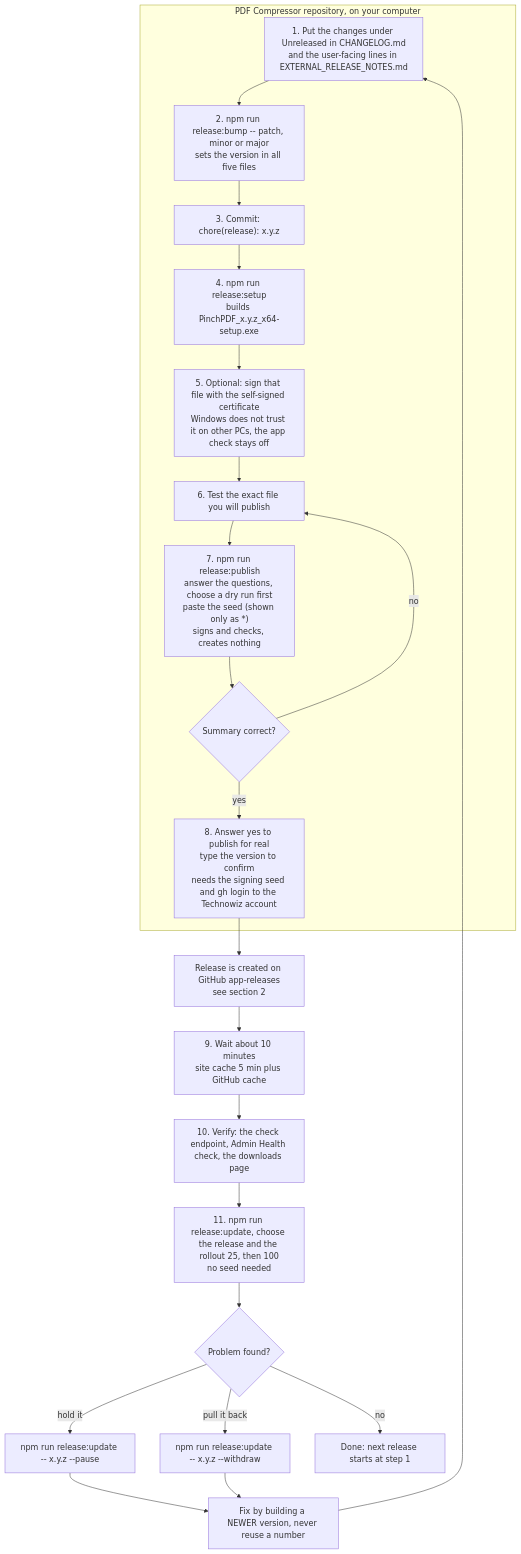
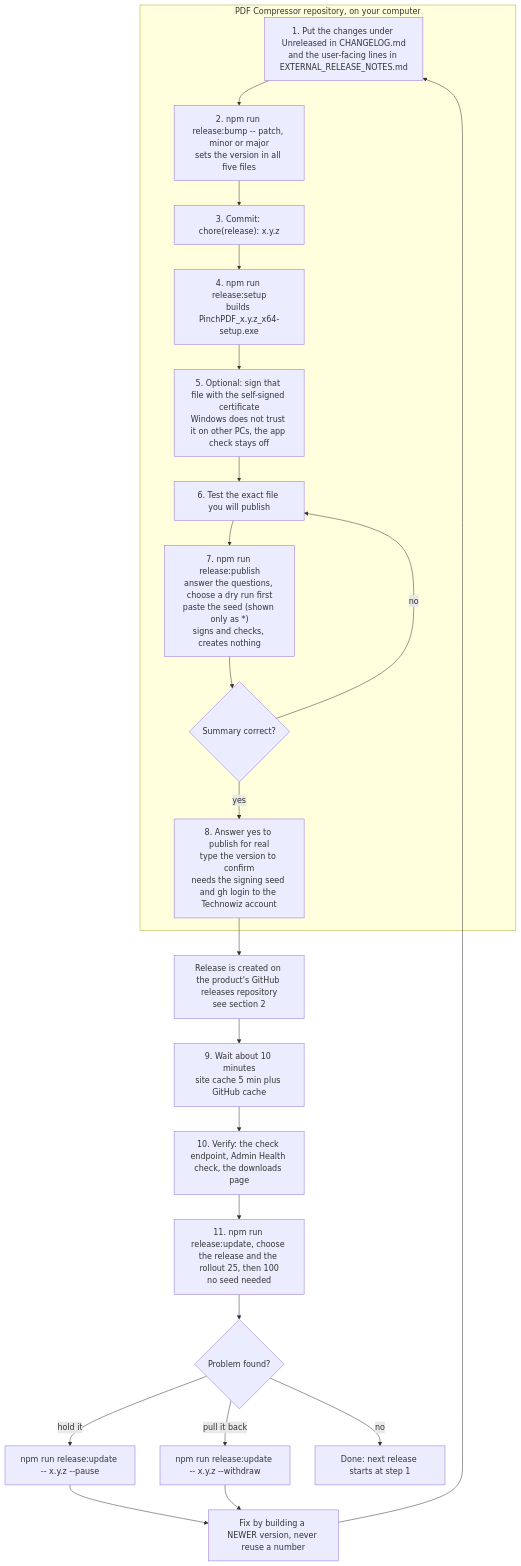
One commit to technowizsolutionsllp/TWS-Website changed the first of 7 diagrams in docs/UPDATE_FLOW.md. Above: the diagram before and after it, drawn with Mermaid. The commit also changed other lines of this file and 20 other files, not shown here.

First line of the commit message:
One releases repository per product: PINCHPDF_RELEASES_REPO and NODUPE_RELEASES_REPO

````diff
--- a/docs/UPDATE_FLOW.md
+++ b/docs/UPDATE_FLOW.md
@@ -13,25 +13,25 @@
 ```mermaid
 flowchart TD
     subgraph Repo["PDF Compressor repository, on your computer"]
       A["1. Put the changes under Unreleased in CHANGELOG.md<br/>and the user-facing lines in EXTERNAL_RELEASE_NOTES.md"] --> B["2. npm run release:bump -- patch, minor or major<br/>sets the version in all five files"]
       B --> C["3. Commit: chore(release): x.y.z"]
       C --> D["4. npm run release:setup<br/>builds PinchPDF_x.y.z_x64-setup.exe"]
       D --> E["5. Optional: sign that file with the self-signed certificate<br/>Windows does not trust it on other PCs, the app check stays off"]
       E --> F["6. Test the exact file you will publish"]
       F --> G["7. npm run release:publish<br/>answer the questions, choose a dry run first<br/>paste the seed (shown only as *)<br/>signs and checks, creates nothing"]
       G --> H{"Summary correct?"}
       H -- "no" --> F
       H -- "yes" --> I["8. Answer yes to publish for real<br/>type the version to confirm<br/>needs the signing seed and gh login to the Technowiz account"]
     end
-    I --> J["Release is created on GitHub app-releases<br/>see section 2"]
+    I --> J["Release is created on the product's GitHub releases repository<br/>see section 2"]
     J --> K["9. Wait about 10 minutes<br/>site cache 5 min plus GitHub cache"]
     K --> L["10. Verify: the check endpoint, Admin Health check, the downloads page"]
     L --> M["11. npm run release:update, choose the release and the rollout 25, then 100<br/>no seed needed"]
     M --> N{"Problem found?"}
     N -- "hold it" --> O["npm run release:update -- x.y.z --pause"]
     N -- "pull it back" --> P["npm run release:update -- x.y.z --withdraw"]
     N -- "no" --> R["Done: next release starts at step 1"]
     O --> Q["Fix by building a NEWER version, never reuse a number"]
     P --> Q
     Q --> A
 ```
````
